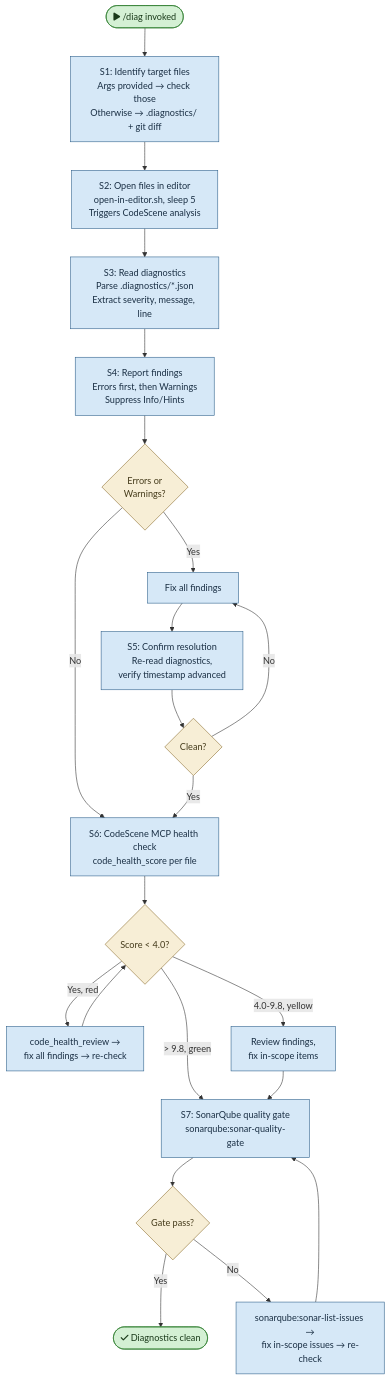
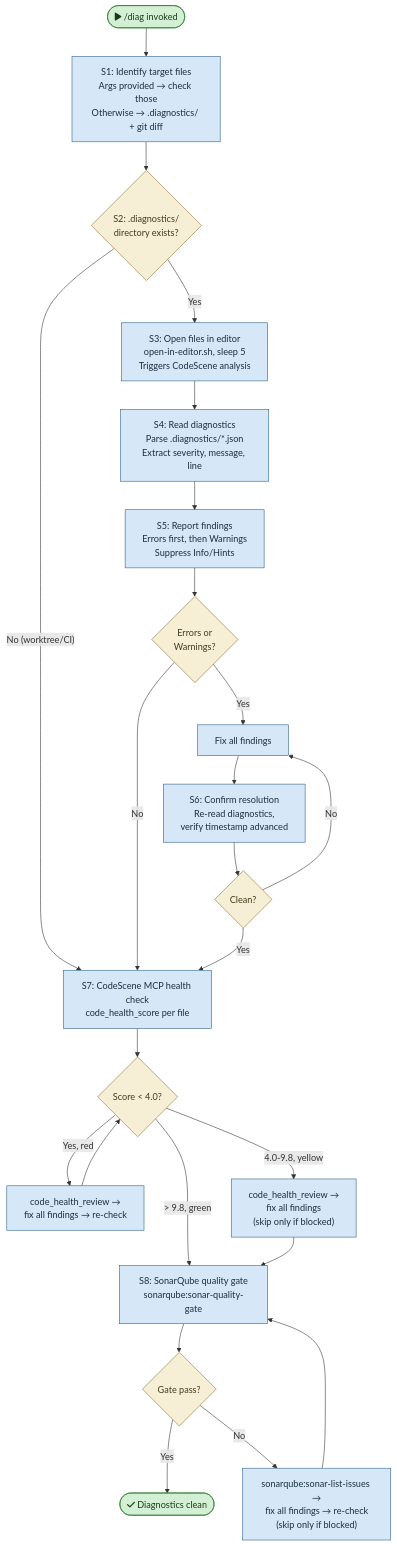
The diagram in plugins/edf/skills/diag/flowchart.md (mironyx/engineering-delivery-framework), drawn with Mermaid before and after one commit. The commit also changed 3 other files, not shown here.

First line of the commit message:
@ fix: harden test-runner agent and diagnostics flow against context pollution

````diff
--- a/plugins/edf/skills/diag/flowchart.md
+++ b/plugins/edf/skills/diag/flowchart.md
@@ -5,43 +5,46 @@
 ```mermaid
 flowchart TD
     START(["fa:fa-play /diag invoked"]) --> S1
 
     S1["S1: Identify target files<br/>Args provided → check those<br/>Otherwise → .diagnostics/ + git diff"] --> S2
 
-    S2["S2: Open files in editor<br/>open-in-editor.sh, sleep 5<br/>Triggers CodeScene analysis"] --> S3
+    S2{"S2: .diagnostics/<br/>directory exists?"} -->|"No (worktree/CI)"| S7
+    S2 -->|"Yes"| S3
 
-    S3["S3: Read diagnostics<br/>Parse .diagnostics/*.json<br/>Extract severity, message, line"] --> S4
+    S3["S3: Open files in editor<br/>open-in-editor.sh, sleep 5<br/>Triggers CodeScene analysis"] --> S4
 
-    S4["S4: Report findings<br/>Errors first, then Warnings<br/>Suppress Info/Hints"] --> S4_CHK{"Errors or<br/>Warnings?"}
-    S4_CHK -->|"No"| S6
-    S4_CHK -->|"Yes"| S4_FIX["Fix all findings"]
+    S4["S4: Read diagnostics<br/>Parse .diagnostics/*.json<br/>Extract severity, message, line"] --> S5
 
-    S4_FIX --> S5["S5: Confirm resolution<br/>Re-read diagnostics,<br/>verify timestamp advanced"]
-    S5 --> S5_CHK{"Clean?"}
-    S5_CHK -->|"No"| S4_FIX
-    S5_CHK -->|"Yes"| S6
+    S5["S5: Report findings<br/>Errors first, then Warnings<br/>Suppress Info/Hints"] --> S5_CHK{"Errors or<br/>Warnings?"}
+    S5_CHK -->|"No"| S7
+    S5_CHK -->|"Yes"| S5_FIX["Fix all findings"]
 
-    S6["S6: CodeScene MCP health check<br/>code_health_score per file"] --> S6_CHK{"Score < 4.0?"}
-    S6_CHK -->|"Yes, red"| S6_FIX["code_health_review →<br/>fix all findings → re-check"]
-    S6_CHK -->|"4.0-9.8, yellow"| S6_REVIEW["Review findings,<br/>fix in-scope items"]
-    S6_CHK -->|"> 9.8, green"| S7
+    S5_FIX --> S6["S6: Confirm resolution<br/>Re-read diagnostics,<br/>verify timestamp advanced"]
+    S6 --> S6_CHK{"Clean?"}
+    S6_CHK -->|"No"| S5_FIX
+    S6_CHK -->|"Yes"| S7
 
-    S6_FIX --> S6_CHK
-    S6_REVIEW --> S7
+    S7["S7: CodeScene MCP health check<br/>code_health_score per file"] --> S7_CHK{"Score < 4.0?"}
+    S7_CHK -->|"Yes, red"| S7_FIX["code_health_review →<br/>fix all findings → re-check"]
+    S7_CHK -->|"4.0-9.8, yellow"| S7_REVIEW["code_health_review →<br/>fix all findings<br/>(skip only if blocked)"]
+    S7_CHK -->|"> 9.8, green"| S8
 
-    S7["S7: SonarQube quality gate<br/>sonarqube:sonar-quality-gate"] --> S7_CHK{"Gate pass?"}
-    S7_CHK -->|"Yes"| DONE
-    S7_CHK -->|"No"| S7_FIX["sonarqube:sonar-list-issues →<br/>fix in-scope issues → re-check"]
-    S7_FIX --> S7
+    S7_FIX --> S7_CHK
+    S7_REVIEW --> S8
+
+    S8["S8: SonarQube quality gate<br/>sonarqube:sonar-quality-gate"] --> S8_CHK{"Gate pass?"}
+    S8_CHK -->|"Yes"| DONE
+    S8_CHK -->|"No"| S8_FIX["sonarqube:sonar-list-issues →<br/>fix all findings → re-check<br/>(skip only if blocked)"]
+    S8_FIX --> S8
 
     DONE(["fa:fa-check Diagnostics clean"])
 
     %% ── Styles ──
     classDef startend fill:#d4f0d4,stroke:#2d7d2d,color:#1a3a1a
     classDef process fill:#d6e8f7,stroke:#2d5f8a,color:#1a2f44
     classDef decision fill:#f7eed6,stroke:#8a6d2d,color:#443a1a
 
     class START,DONE startend
-    class S1,S2,S3,S4,S4_FIX,S5,S6,S6_FIX,S6_REVIEW,S7,S7_FIX process
-    class S4_CHK,S5_CHK,S6_CHK,S7_CHK decision
+    class S1,S3,S4,S5,S5_FIX,S6,S7,S7_FIX,S7_REVIEW,S8,S8_FIX process
+    class S2,S5_CHK,S6_CHK,S7_CHK,S8_CHK decision
 ```
````
